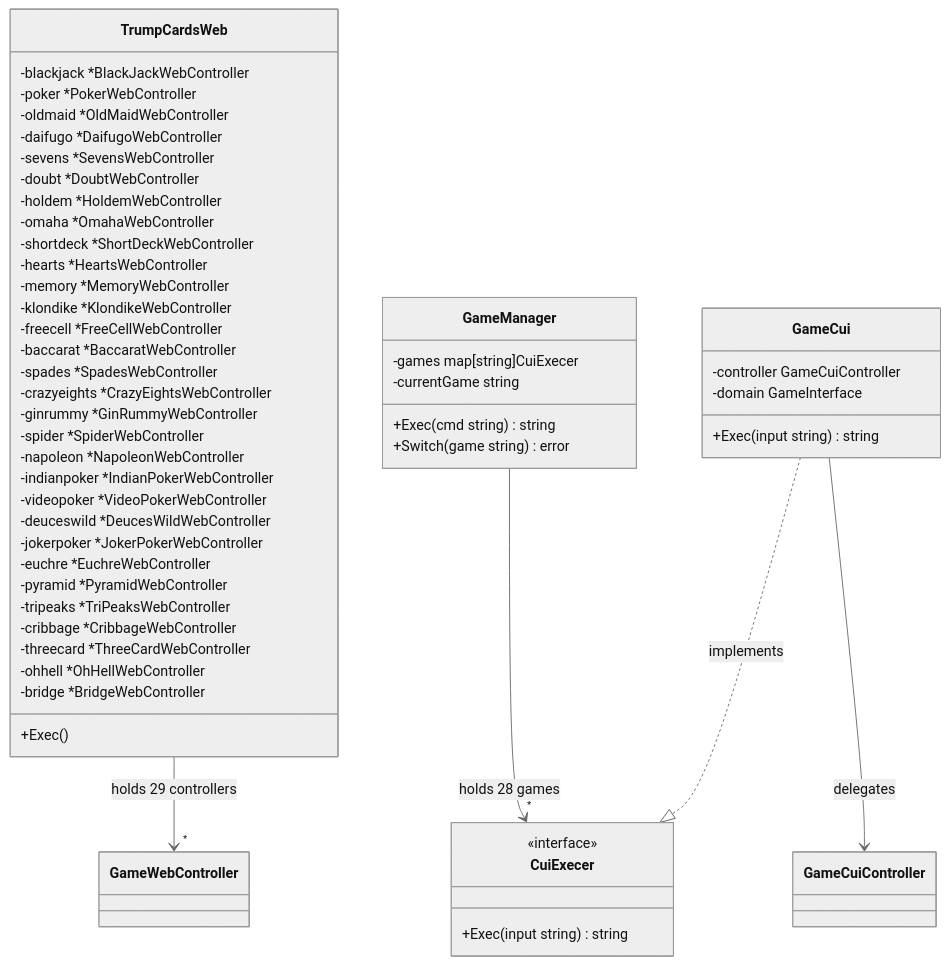
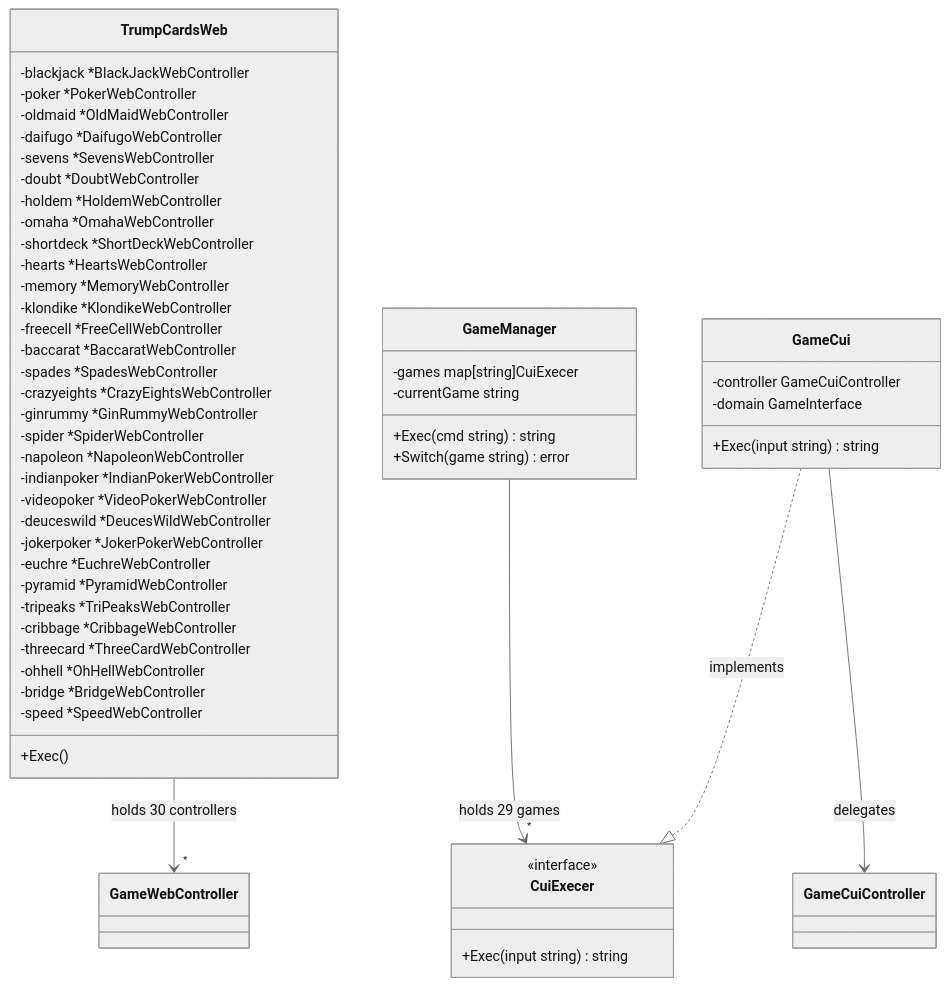
Before and after one commit to yuta-yoshinaga/go_trumpcards: diagram 11 of 41 in docs/design/backend.md, drawn with Mermaid (neutral theme). The commit also changed other lines of this file and 48 other files, not shown here.

First line of the commit message:
feat: add Speed card game (#1055)

````diff
--- a/docs/design/backend.md
+++ b/docs/design/backend.md
@@ -955,59 +983,60 @@
 ```mermaid
 classDiagram
     class TrumpCardsWeb {
         -blackjack *BlackJackWebController
         -poker *PokerWebController
         -oldmaid *OldMaidWebController
         -daifugo *DaifugoWebController
         -sevens *SevensWebController
         -doubt *DoubtWebController
         -holdem *HoldemWebController
         -omaha *OmahaWebController
         -shortdeck *ShortDeckWebController
         -hearts *HeartsWebController
         -memory *MemoryWebController
         -klondike *KlondikeWebController
         -freecell *FreeCellWebController
         -baccarat *BaccaratWebController
         -spades *SpadesWebController
         -crazyeights *CrazyEightsWebController
         -ginrummy *GinRummyWebController
         -spider *SpiderWebController
         -napoleon *NapoleonWebController
         -indianpoker *IndianPokerWebController
         -videopoker *VideoPokerWebController
         -deuceswild *DeucesWildWebController
         -jokerpoker *JokerPokerWebController
         -euchre *EuchreWebController
         -pyramid *PyramidWebController
         -tripeaks *TriPeaksWebController
         -cribbage *CribbageWebController
         -threecard *ThreeCardWebController
         -ohhell *OhHellWebController
         -bridge *BridgeWebController
+        -speed *SpeedWebController
         +Exec()
     }
 
     class GameManager {
         -games map[string]CuiExecer
         -currentGame string
         +Exec(cmd string) string
         +Switch(game string) error
     }
 
     class CuiExecer {
         <<interface>>
         +Exec(input string) string
     }
 
     class GameCui {
         -controller GameCuiController
         -domain GameInterface
         +Exec(input string) string
     }
 
-    TrumpCardsWeb --> "*" GameWebController : holds 29 controllers
-    GameManager --> "*" CuiExecer : holds 28 games
+    TrumpCardsWeb --> "*" GameWebController : holds 30 controllers
+    GameManager --> "*" CuiExecer : holds 29 games
     GameCui ..|> CuiExecer : implements
     GameCui --> GameCuiController : delegates
 ```
````
